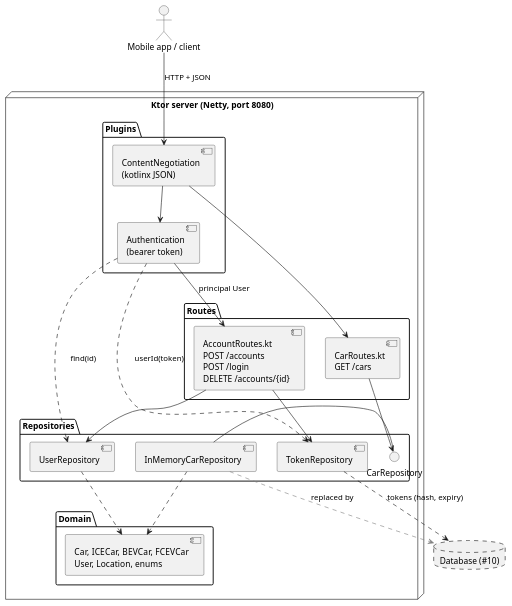
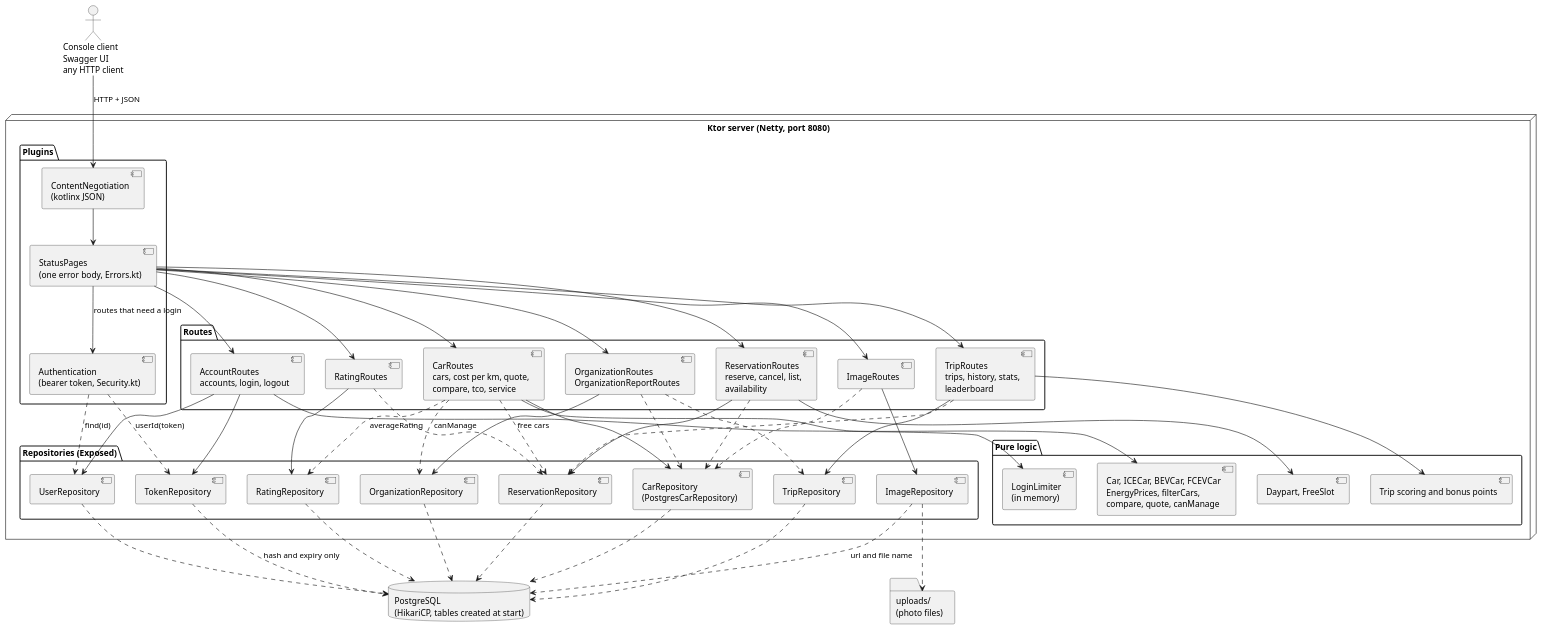
The diagram in docs/diagrams/components.puml (Rent-a-car-38291/rent-a-car), drawn with PlantUML before and after one commit. The commit also changed 20 other files, not shown here.

First line of the commit message:
docs: describe the final application in the README and diagrams (#130)

```diff
--- a/docs/diagrams/components.puml
+++ b/docs/diagrams/components.puml
@@ -1,49 +1,92 @@
 @startuml
-' Layers of the server as it runs today. Dashed parts are planned.
+' Layers of the server as it runs today: a request goes through the plugins to a route, which uses repositories and pure logic.
 skinparam componentStyle uml2
 
-actor "Mobile app / client" as Client
+actor "Console client\nSwagger UI\nany HTTP client" as Client
 
 node "Ktor server (Netty, port 8080)" {
   package "Plugins" {
     component "ContentNegotiation\n(kotlinx JSON)" as Json
-    component "Authentication\n(bearer token)" as Auth
+    component "StatusPages\n(one error body, Errors.kt)" as Errors
+    component "Authentication\n(bearer token, Security.kt)" as Auth
   }
 
   package "Routes" {
-    component "CarRoutes.kt\nGET /cars" as CarRoutes
-    component "AccountRoutes.kt\nPOST /accounts\nPOST /login\nDELETE /accounts/{id}" as AccountRoutes
+    component "CarRoutes\ncars, cost per km, quote,\ncompare, tco, service" as CarRoutes
+    component "AccountRoutes\naccounts, login, logout" as AccountRoutes
+    component "OrganizationRoutes\nOrganizationReportRoutes" as OrgRoutes
+    component "ReservationRoutes\nreserve, cancel, list,\navailability" as ReservationRoutes
+    component "TripRoutes\ntrips, history, stats,\nleaderboard" as TripRoutes
+    component "RatingRoutes" as RatingRoutes
+    component "ImageRoutes" as ImageRoutes
   }
 
-  package "Repositories" {
-    interface CarRepository
-    component InMemoryCarRepository
-    component UserRepository
-    component TokenRepository
+  package "Pure logic" {
+    component "Car, ICECar, BEVCar, FCEVCar\nEnergyPrices, filterCars,\ncompare, quote, canManage" as CarLogic
+    component "Daypart, FreeSlot" as ReservationLogic
+    component "Trip scoring and bonus points" as TripLogic
+    component "LoginLimiter\n(in memory)" as Limiter
   }
 
-  package "Domain" {
-    component "Car, ICECar, BEVCar, FCEVCar\nUser, Location, enums" as DomainClasses
+  package "Repositories (Exposed)" {
+    component "CarRepository\n(PostgresCarRepository)" as Cars
+    component UserRepository as Users
+    component TokenRepository as Tokens
+    component OrganizationRepository as Orgs
+    component ReservationRepository as Reservations
+    component TripRepository as Trips
+    component RatingRepository as Ratings
+    component ImageRepository as Images
   }
 }
 
-database "Database (#10)" as Db #line.dashed
+database "PostgreSQL\n(HikariCP, tables created at start)" as Db
+folder "uploads/\n(photo files)" as Files
 
 Client --> Json : HTTP + JSON
-Json --> CarRoutes
-Json --> Auth
-Auth --> AccountRoutes : principal User
-Auth ..> TokenRepository : userId(token)
-TokenRepository ..> Db : tokens (hash, expiry)
-Auth ..> UserRepository : find(id)
+Json --> Errors
+Errors --> Auth : routes that need a login
+Auth ..> Tokens : userId(token)
+Auth ..> Users : find(id)
 
-CarRoutes --> CarRepository
-CarRepository - InMemoryCarRepository
-AccountRoutes --> UserRepository
-AccountRoutes --> TokenRepository
+Errors --> CarRoutes
+Errors --> AccountRoutes
+Errors --> OrgRoutes
+Errors --> ReservationRoutes
+Errors --> TripRoutes
+Errors --> RatingRoutes
+Errors --> ImageRoutes
 
-InMemoryCarRepository ..> DomainClasses
-UserRepository ..> DomainClasses
-InMemoryCarRepository .[#gray,dashed].> Db : replaced by
+CarRoutes --> Cars
+CarRoutes --> CarLogic
+CarRoutes ..> Orgs : canManage
+CarRoutes ..> Reservations : free cars
+CarRoutes ..> Ratings : averageRating
+AccountRoutes --> Users
+AccountRoutes --> Tokens
+AccountRoutes --> Limiter
+OrgRoutes --> Orgs
+OrgRoutes ..> Cars
+OrgRoutes ..> Trips
+ReservationRoutes --> Reservations
+ReservationRoutes --> ReservationLogic
+ReservationRoutes ..> Cars
+TripRoutes --> Trips
+TripRoutes --> TripLogic
+TripRoutes ..> Reservations
+RatingRoutes --> Ratings
+RatingRoutes ..> Reservations
+ImageRoutes --> Images
+ImageRoutes ..> Cars
+
+Cars ..> Db
+Users ..> Db
+Tokens ..> Db : hash and expiry only
+Orgs ..> Db
+Reservations ..> Db
+Trips ..> Db
+Ratings ..> Db
+Images ..> Db : url and file name
+Images ..> Files
 
 @enduml
```
